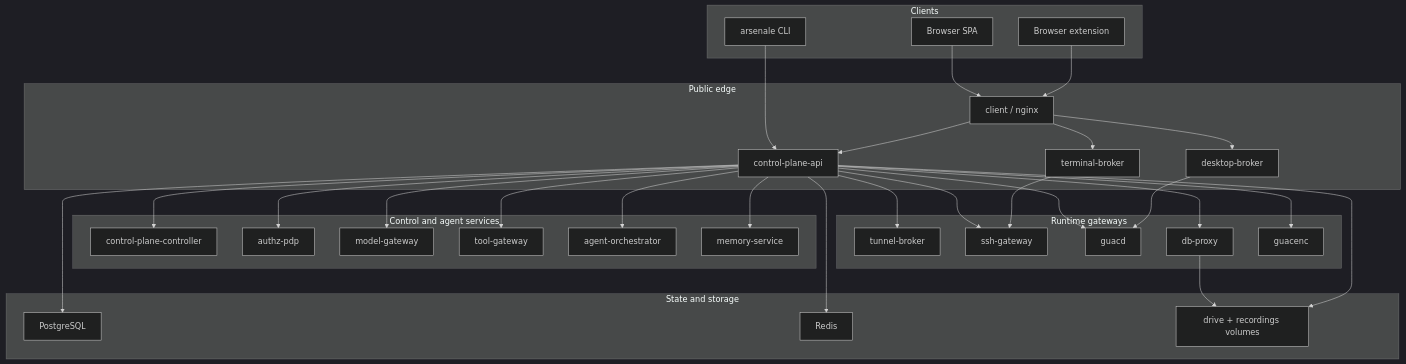
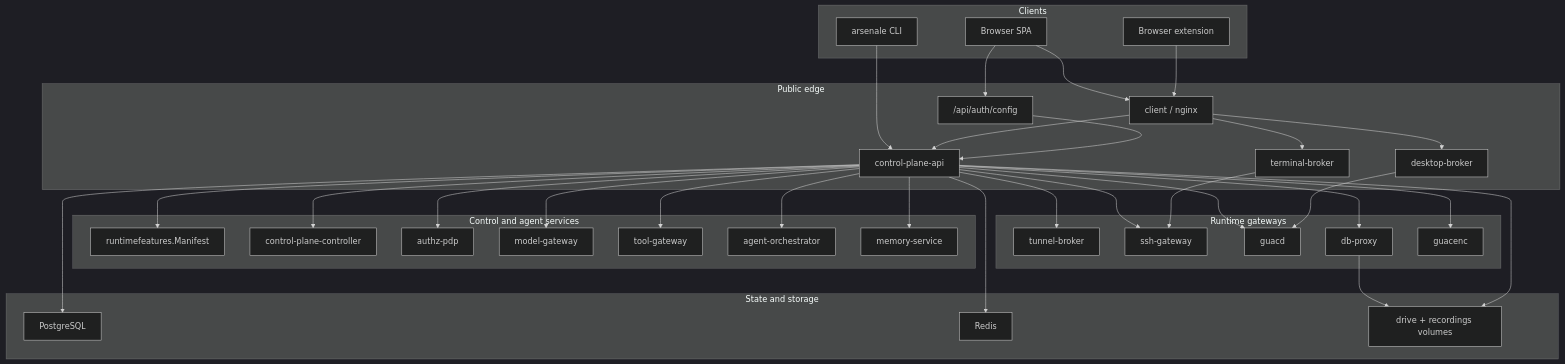
Before and after one commit to dnviti/remote-desktop-manager: the first of 4 diagrams in docs/architecture.md, drawn with Mermaid (dark theme). The commit also changed other lines of this file and 80 other files, not shown here.

Commit message:
Add installer-managed deployment flow and runtime feature manifest

````diff
--- a/docs/architecture.md
+++ b/docs/architecture.md
@@ -58,65 +63,70 @@
 ```mermaid
 flowchart TD
     subgraph clients["Clients"]
         Browser["Browser SPA"]
         CLI["arsenale CLI"]
         Extension["Browser extension"]
     end
 
     subgraph edge["Public edge"]
         Client["client / nginx"]
         API["control-plane-api"]
+        PublicConfig["/api/auth/config"]
         Terminal["terminal-broker"]
         Desktop["desktop-broker"]
     end
 
     subgraph control["Control and agent services"]
+        Features["runtimefeatures.Manifest"]
         Controller["control-plane-controller"]
         Authz["authz-pdp"]
         Model["model-gateway"]
         Tool["tool-gateway"]
         Agent["agent-orchestrator"]
         Memory["memory-service"]
     end
 
     subgraph gateways["Runtime gateways"]
         Tunnel["tunnel-broker"]
         SSH["ssh-gateway"]
         Guacd["guacd"]
         DBProxy["db-proxy"]
         Guacenc["guacenc"]
     end
 
     subgraph state["State and storage"]
         Postgres["PostgreSQL"]
         Redis["Redis"]
         Files["drive + recordings volumes"]
     end
 
     Browser --> Client
+    Browser --> PublicConfig
     Extension --> Client
     CLI --> API
 
     Client --> API
+    PublicConfig --> API
     Client --> Terminal
     Client --> Desktop
 
+    API --> Features
     API --> Postgres
     API --> Redis
     API --> Controller
     API --> Authz
     API --> Model
     API --> Tool
     API --> Agent
     API --> Memory
     API --> Tunnel
     API --> SSH
     API --> Guacd
     API --> DBProxy
     API --> Guacenc
 
     Desktop --> Guacd
     Terminal --> SSH
     DBProxy --> Files
     API --> Files
 ```
````
